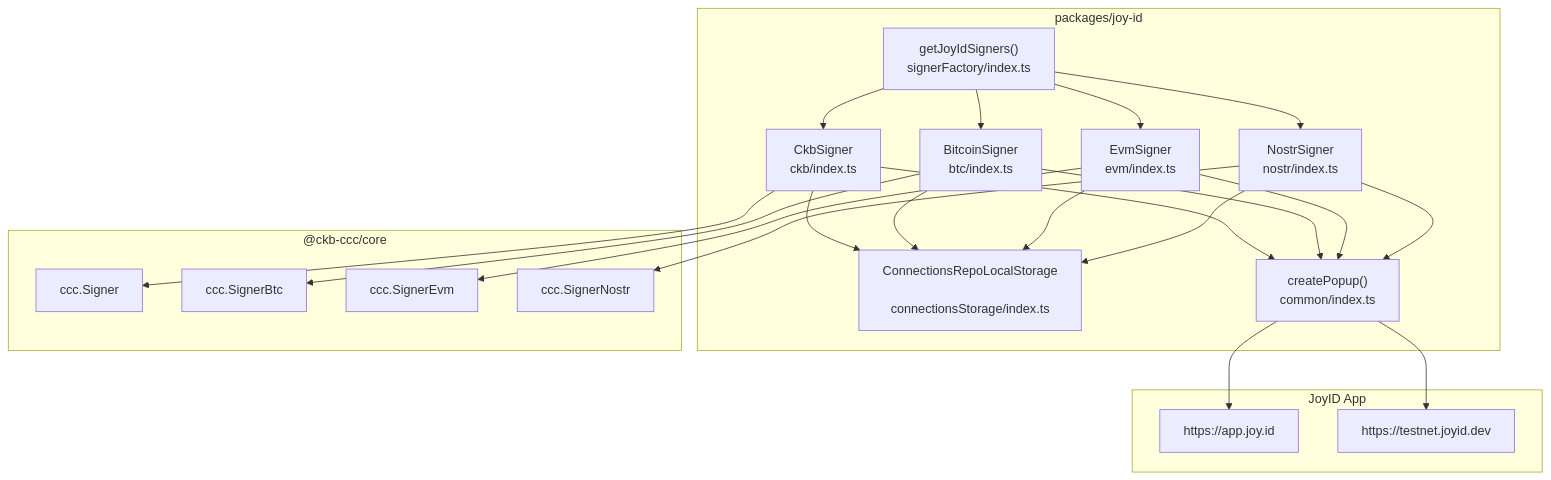
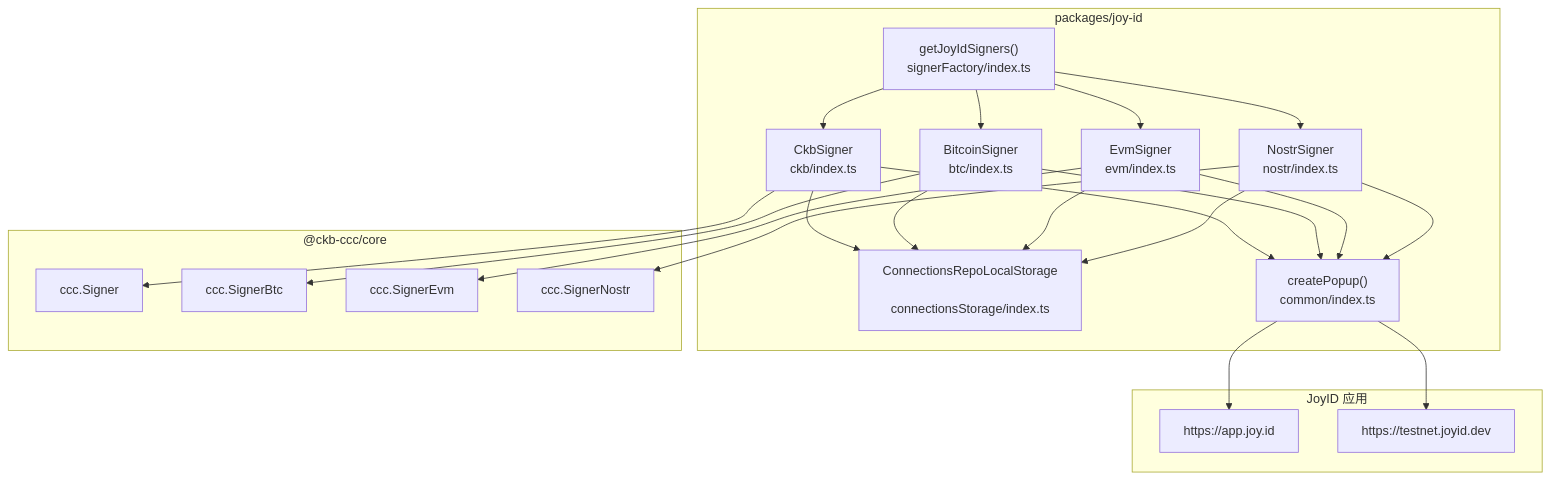
The first of 2 diagrams in packages/ccc-docs/content/docs/packages/wallet-integrations/joy-id.zh.mdx (ckb-devrel/ccc), drawn with Mermaid before and after one commit. The commit also changed other lines of this file and 1 other file, not shown here.

````diff
--- a/packages/ccc-docs/content/docs/packages/wallet-integrations/joy-id.zh.mdx
+++ b/packages/ccc-docs/content/docs/packages/wallet-integrations/joy-id.zh.mdx
@@ -43,54 +48,54 @@
 ```mermaid
 graph TB
     subgraph "packages/joy-id"
         Factory["getJoyIdSigners()
         signerFactory/index.ts"]
         CkbSigner["CkbSigner
         ckb/index.ts"]
         BitcoinSigner["BitcoinSigner
         btc/index.ts"]
         EvmSigner["EvmSigner
         evm/index.ts"]
         NostrSigner["NostrSigner
         nostr/index.ts"]
         Storage["ConnectionsRepoLocalStorage
         connectionsStorage/index.ts"]
         Popup["createPopup()
         common/index.ts"]
     end
 
     subgraph "@ckb-ccc/core"
         Signer["ccc.Signer"]
         SignerBtc["ccc.SignerBtc"]
         SignerEvm["ccc.SignerEvm"]
         SignerNostr["ccc.SignerNostr"]
     end
 
-    subgraph "JoyID App"
+    subgraph "JoyID 应用"
         AppMain["https://app.joy.id"]
         AppTest["https://testnet.joyid.dev"]
     end
 
     Factory --> CkbSigner
     Factory --> BitcoinSigner
     Factory --> EvmSigner
     Factory --> NostrSigner
 
     CkbSigner --> Signer
     BitcoinSigner --> SignerBtc
     EvmSigner --> SignerEvm
     NostrSigner --> SignerNostr
 
     CkbSigner --> Storage
     BitcoinSigner --> Storage
     EvmSigner --> Storage
     NostrSigner --> Storage
 
     CkbSigner --> Popup
     BitcoinSigner --> Popup
     EvmSigner --> Popup
     NostrSigner --> Popup
 
     Popup --> AppMain
     Popup --> AppTest
 ```
````
